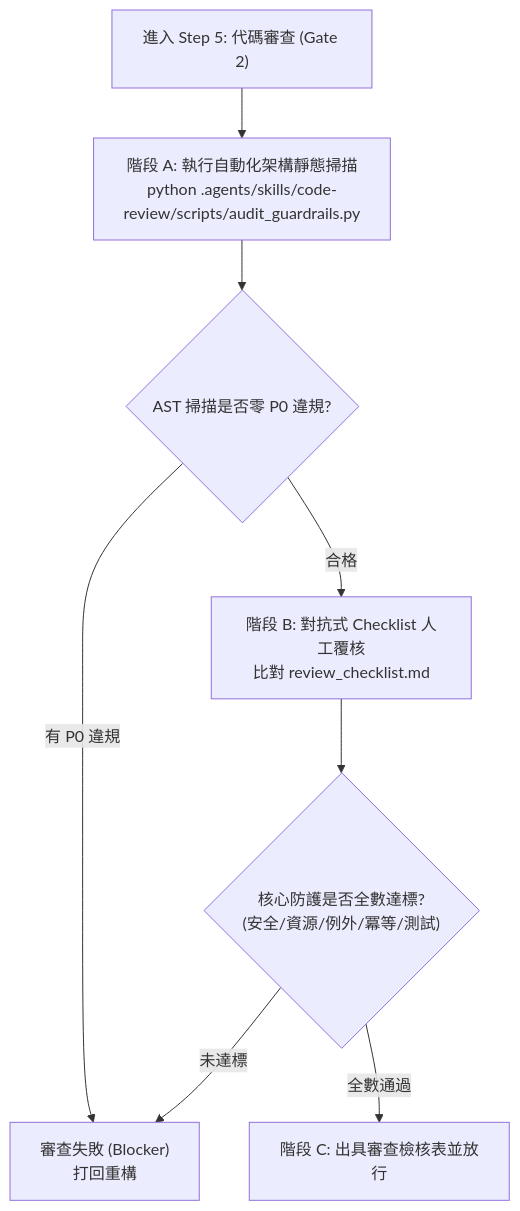
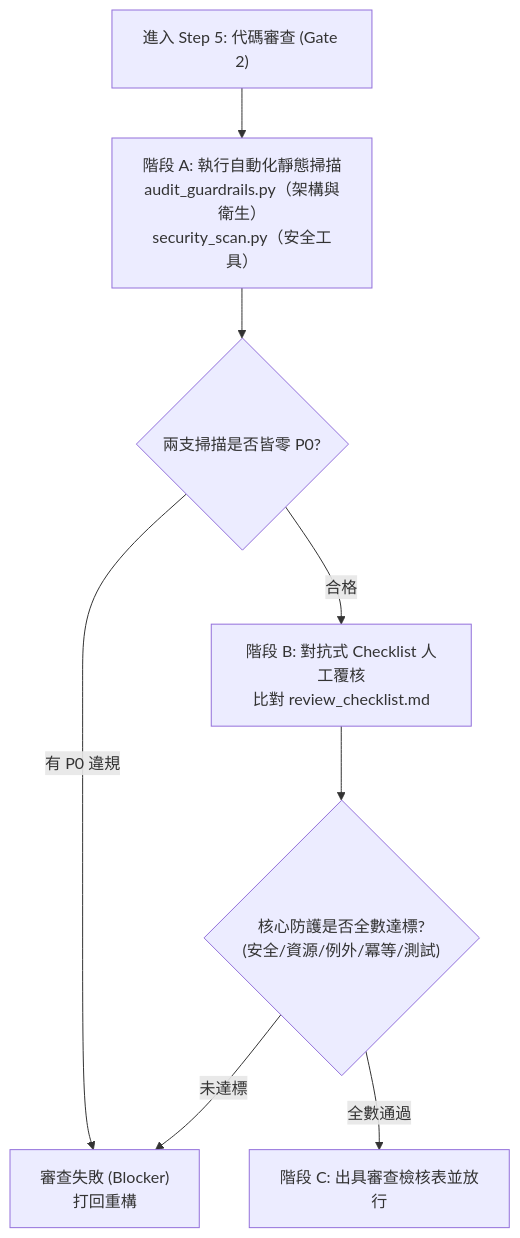
Before and after one commit to williamcccc/resume-transform-search: the diagram in .agents/skills/code-review/SKILL.md, drawn with Mermaid. The commit also changed other lines of this file and 37 other files, not shown here.

````diff
--- a/.agents/skills/code-review/SKILL.md
+++ b/.agents/skills/code-review/SKILL.md
@@ -19,10 +19,10 @@
 ```mermaid
 flowchart TD
-    Start["進入 Step 5: 代碼審查 (Gate 2)"] --> StepA["階段 A: 執行自動化架構靜態掃描<br>python .agents/skills/code-review/scripts/audit_guardrails.py"]
-    StepA --> CheckA{"AST 掃描是否零 P0 違規?"}
+    Start["進入 Step 5: 代碼審查 (Gate 2)"] --> StepA["階段 A: 執行自動化靜態掃描<br>audit_guardrails.py（架構與衛生）<br>security_scan.py（安全工具）"]
+    StepA --> CheckA{"兩支掃描是否皆零 P0?"}
     CheckA -->|"有 P0 違規"| Fail["審查失敗 (Blocker)<br>打回重構"]
     CheckA -->|"合格"| StepB["階段 B: 對抗式 Checklist 人工覆核<br>比對 review_checklist.md"]
     StepB --> CheckB{"核心防護是否全數達標?<br>(安全/資源/例外/冪等/測試)"}
     CheckB -->|"未達標"| Fail
     CheckB -->|"全數通過"| StepC["階段 C: 出具審查檢核表並放行"]
 ```
````
